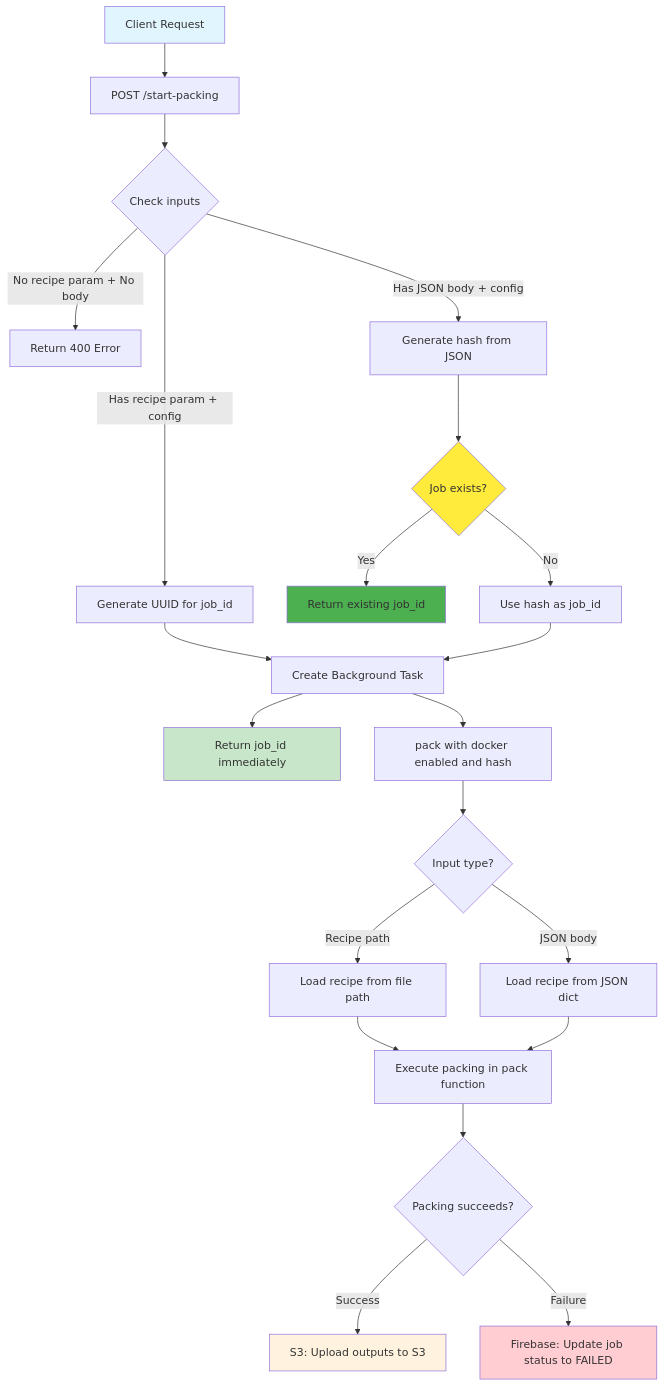
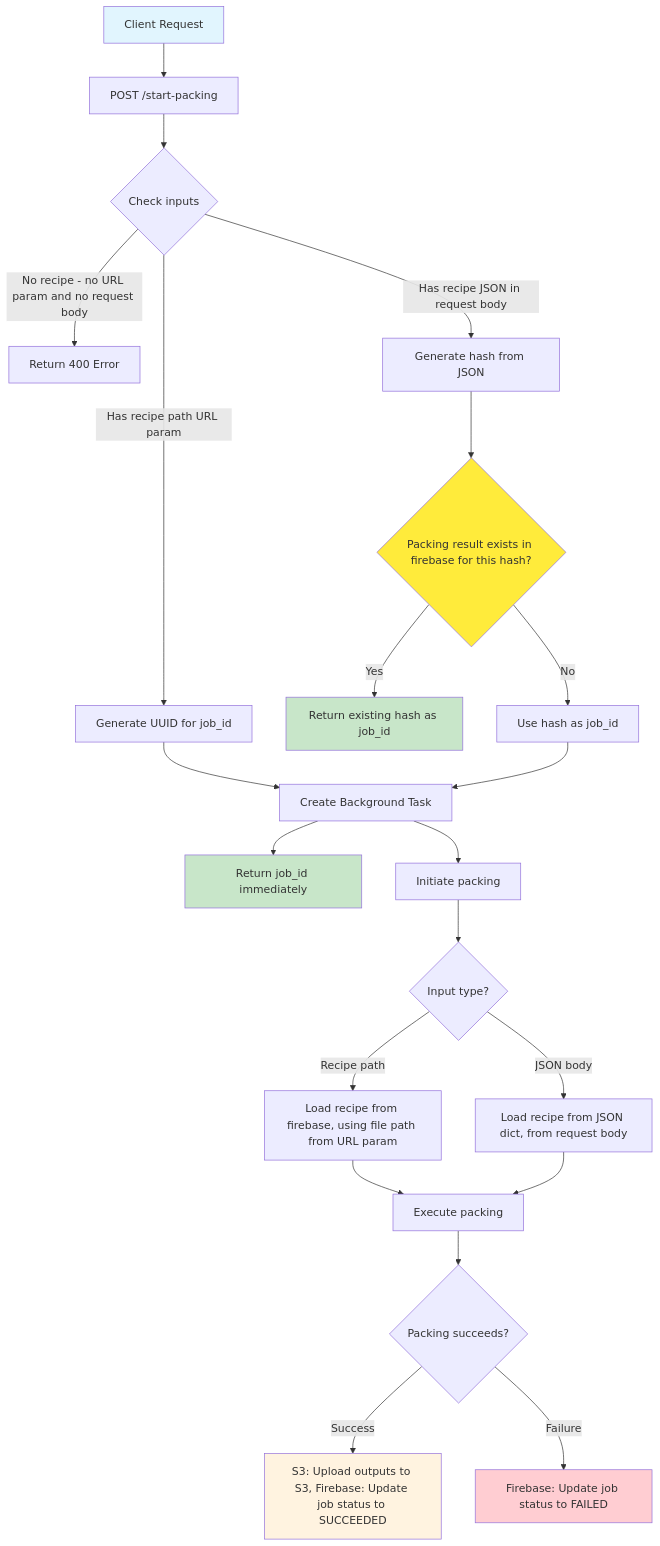
The second of 2 diagrams in server_workflow_diagram.md (mesoscope/cellpack), drawn with Mermaid before and after one commit. The commit also changed other lines of this file, not shown here.

Commit message:
slight wording changes for improved clarity

````diff
--- a/server_workflow_diagram.md
+++ b/server_workflow_diagram.md
@@ -31,30 +30,30 @@
 ```mermaid
 graph TD
     A[Client Request] --> B[POST /start-packing]
     B --> C{Check inputs}
-    C -->|No recipe param + No body| D[Return 400 Error]
-    C -->|Has recipe param + config| E[Generate UUID for job_id]
-    C -->|Has JSON body + config| F[Generate hash from JSON]
-    F --> G{Job exists?}
-    G -->|Yes| H[Return existing job_id]
+    C -->|No recipe - no URL param and no request body| D[Return 400 Error]
+    C -->|Has recipe path URL param| E[Generate UUID for job_id]
+    C -->|Has recipe JSON in request body| F[Generate hash from JSON]
+    F --> G{Packing result exists in firebase for this hash?}
+    G -->|Yes| H[Return existing hash as job_id]
     G -->|No| I[Use hash as job_id]
     E --> J[Create Background Task]
     I --> J
     J --> K[Return job_id immediately]
-    J --> L[pack with docker enabled and hash]
+    J --> L[Initiate packing]
     L --> M{Input type?}
-    M -->|Recipe path| N[Load recipe from file path]
-    M -->|JSON body| O[Load recipe from JSON dict]
-    N --> P[Execute packing in pack function]
+    M -->|Recipe path| N[Load recipe from firebase, using file path from URL param]
+    M -->|JSON body| O[Load recipe from JSON dict, from request body]
+    N --> P[Execute packing]
     O --> P
     P --> Q{Packing succeeds?}
-    Q -->|Success| R[S3: Upload outputs to S3]
+    Q -->|Success| R[S3: Upload outputs to S3, Firebase: Update job status to SUCCEEDED]
     Q -->|Failure| S[Firebase: Update job status to FAILED]
     
     style A fill:#e1f5fe
     style K fill:#c8e6c9
     style R fill:#fff3e0
     style S fill:#ffcdd2
     style G fill:#ffeb3b
-    style H fill:#4caf50
+    style H fill:#c8e6c9
 ```
````
